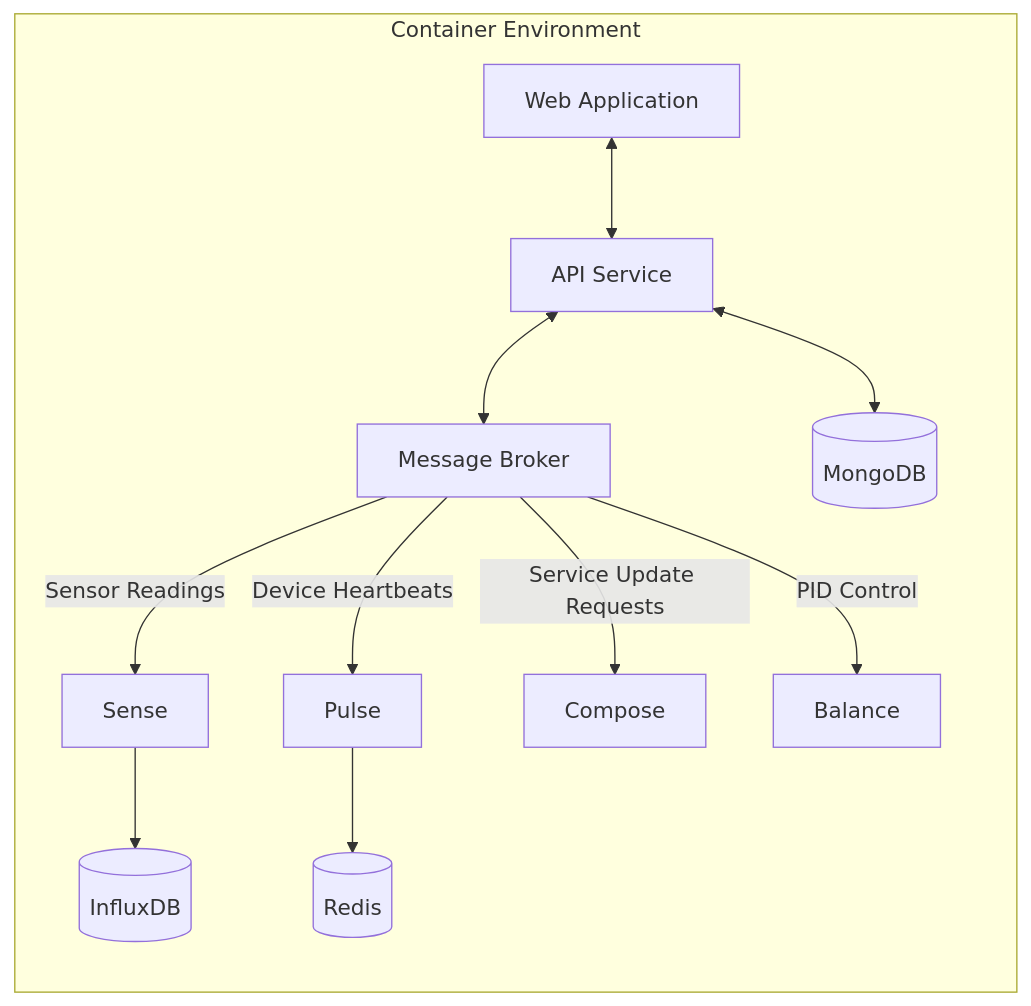
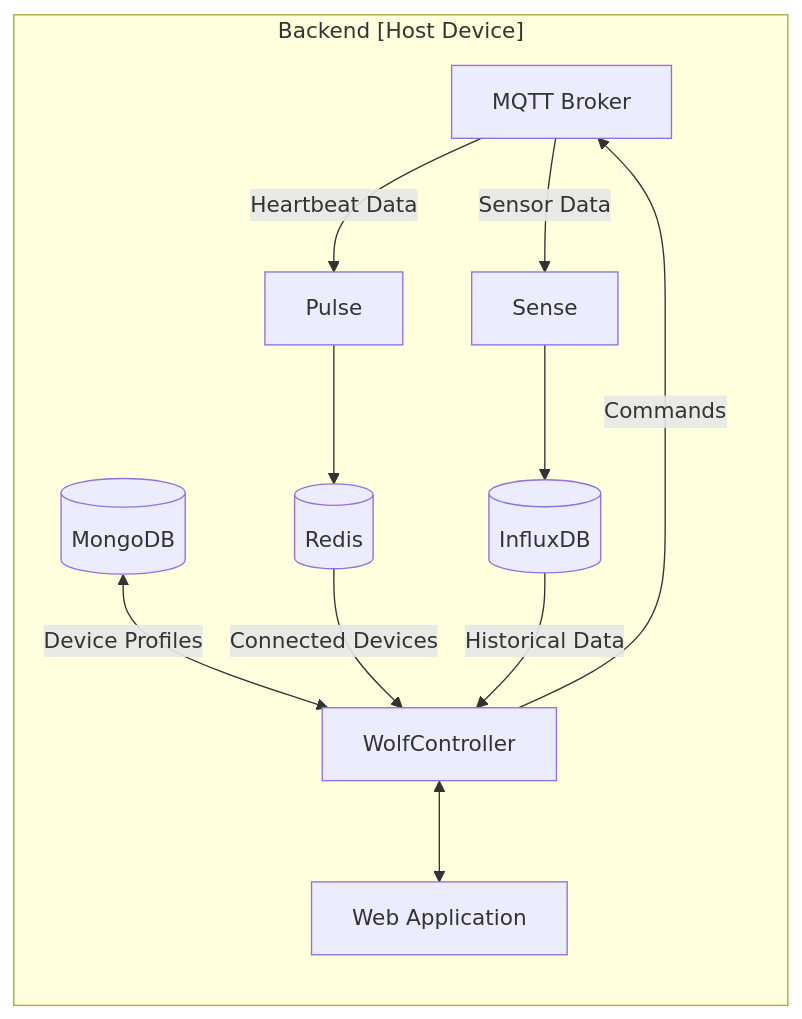
One commit to WolfControl/wolfcontrol.github.io changed the second of 2 diagrams in content/developers/architecture.md. Above: the diagram before and after it, drawn with Mermaid. The commit also changed other lines of this file and 1 other file, not shown here.

Commit message:
update backend mermaid chart, put out of date heading on design page

````diff
--- a/content/developers/architecture.md
+++ b/content/developers/architecture.md
@@ -50,24 +50,23 @@
 ```mermaid
 graph LR
-subgraph "Container Environment"
-    Broker[Message Broker]
+subgraph "Backend [Host Device]"
+    MQTTBroker["MQTT Broker"]
+    InfluxDB[(InfluxDB)]
+    Mongo[(MongoDB)]
+    Redis[(Redis)]
+    WebApp[Web Application]
     Sense
     Pulse
-    Balance
-    Compose
-    API[API Service]
-    WebApp[Web Application]
-    Influx[(InfluxDB)]
-    Mongo[(MongoDB)]
-    Redis[(Redis)]
-    end
+    WolfController
+end
 
-Broker -- "Sensor Readings" --> Sense --> Influx
-Broker -- "Device Heartbeats" --> Pulse --> Redis
-Broker -- "Service Update Requests" --> Compose
-Broker -- "PID Control" --> Balance
+MQTTBroker -- "Sensor Data" --> Sense --> InfluxDB
+MQTTBroker -- "Heartbeat Data" --> Pulse  --> Redis
 
-API <--> Mongo
+WolfController -- "Commands" --> MQTTBroker
+Mongo <-- "Device Profiles" --> WolfController
+Redis -- "Connected Devices" --> WolfController
+InfluxDB -- "Historical Data" --> WolfController
 
-WebApp <--> API <--> Broker
+WolfController  <--> WebApp
 ```
````
